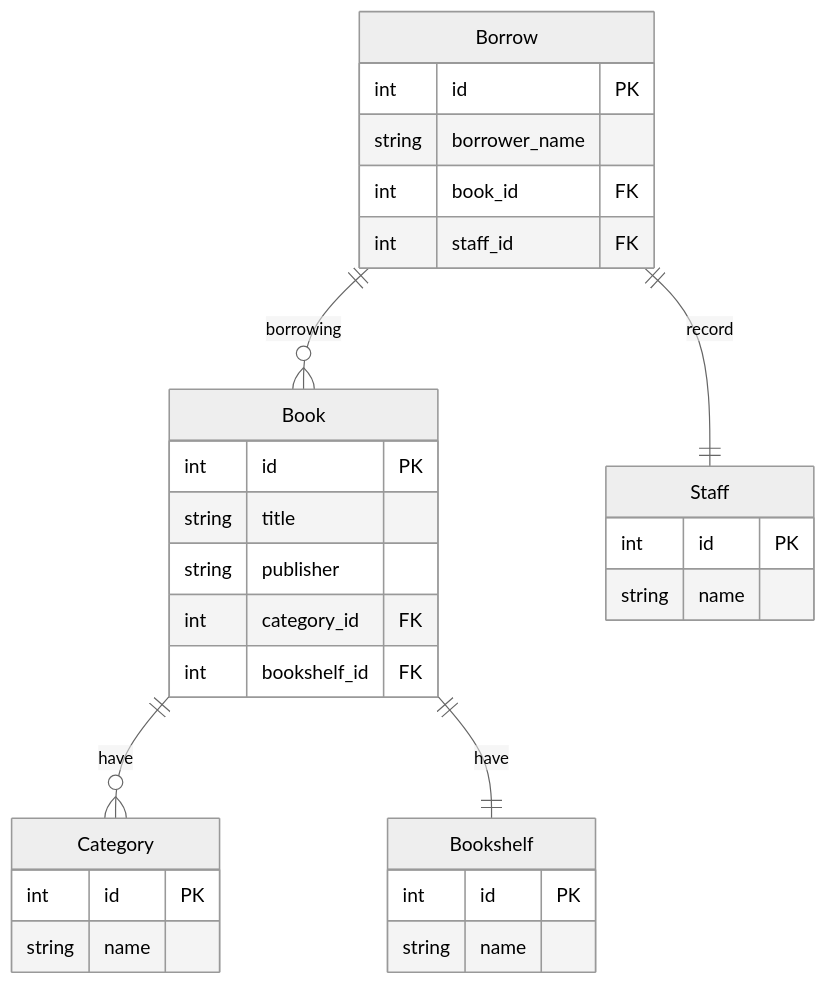
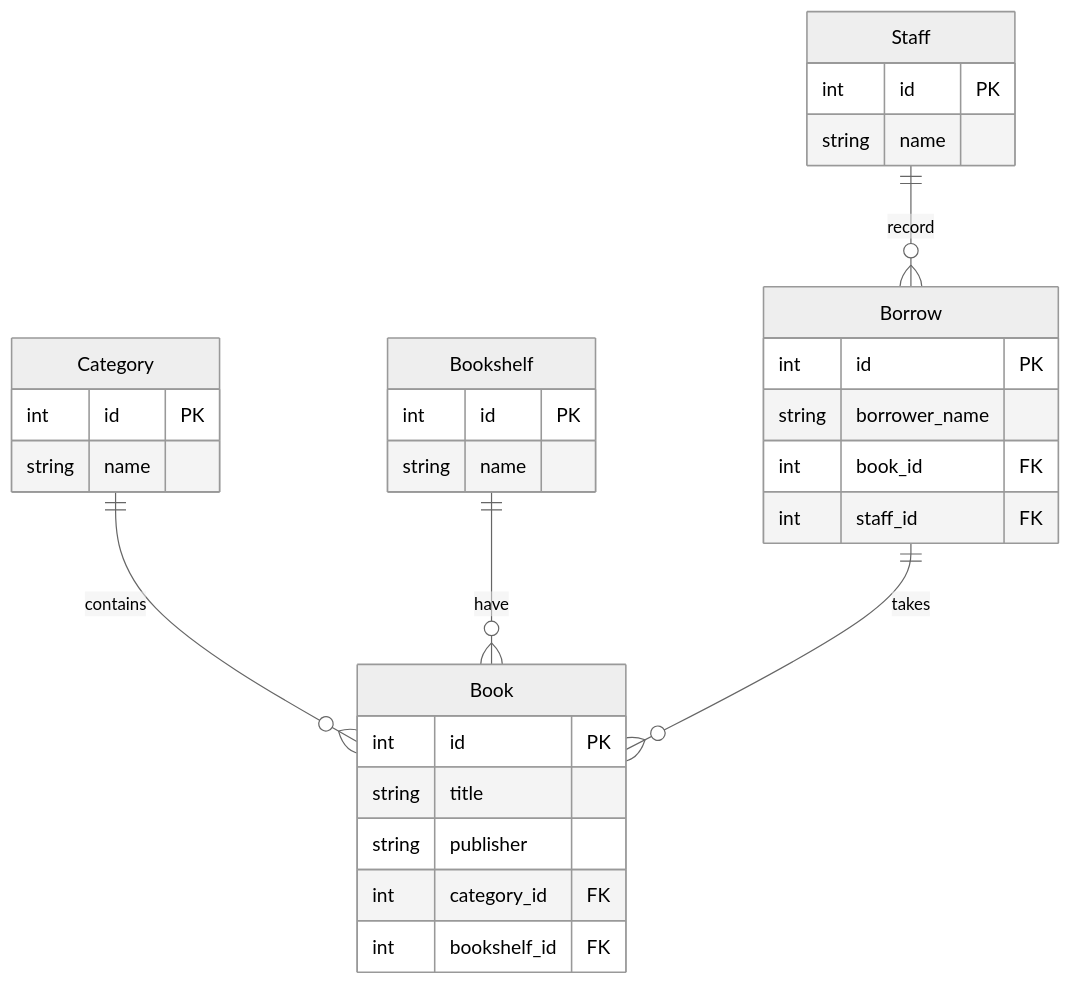
One commit to anggavb/koda-b7-db1 changed the first of 2 diagrams in README.md. Above: the diagram before and after it, drawn with Mermaid (neutral theme). The commit also changed other lines of this file, not shown here.

Commit message:
fix(docs): correct foreign key references and update ERD relationships in README

````diff
--- a/README.md
+++ b/README.md
@@ -34,33 +34,33 @@
 ```mermaid
 erDiagram
     Book {
         int id PK
         string title
         string publisher
         int category_id  FK
         int bookshelf_id FK
     }
     Category {
         int id PK
         string name
     }
     Bookshelf {
         int id PK
         string name
     }
     Staff {
         int id PK
         string name
     }
     Borrow {
         int id PK
         string borrower_name
         int book_id FK
         int staff_id FK
     }
 
-    Book ||--o{ Category : have
-    Book ||--|| Bookshelf : have
-    Borrow ||--o{ Book : borrowing
-    Borrow ||--|| Staff : record
+    Category ||--o{ Book : contains
+    Bookshelf ||--o{ Book : have
+    Borrow ||--o{ Book : takes
+    Staff ||--o{ Borrow : record
 ```
````
